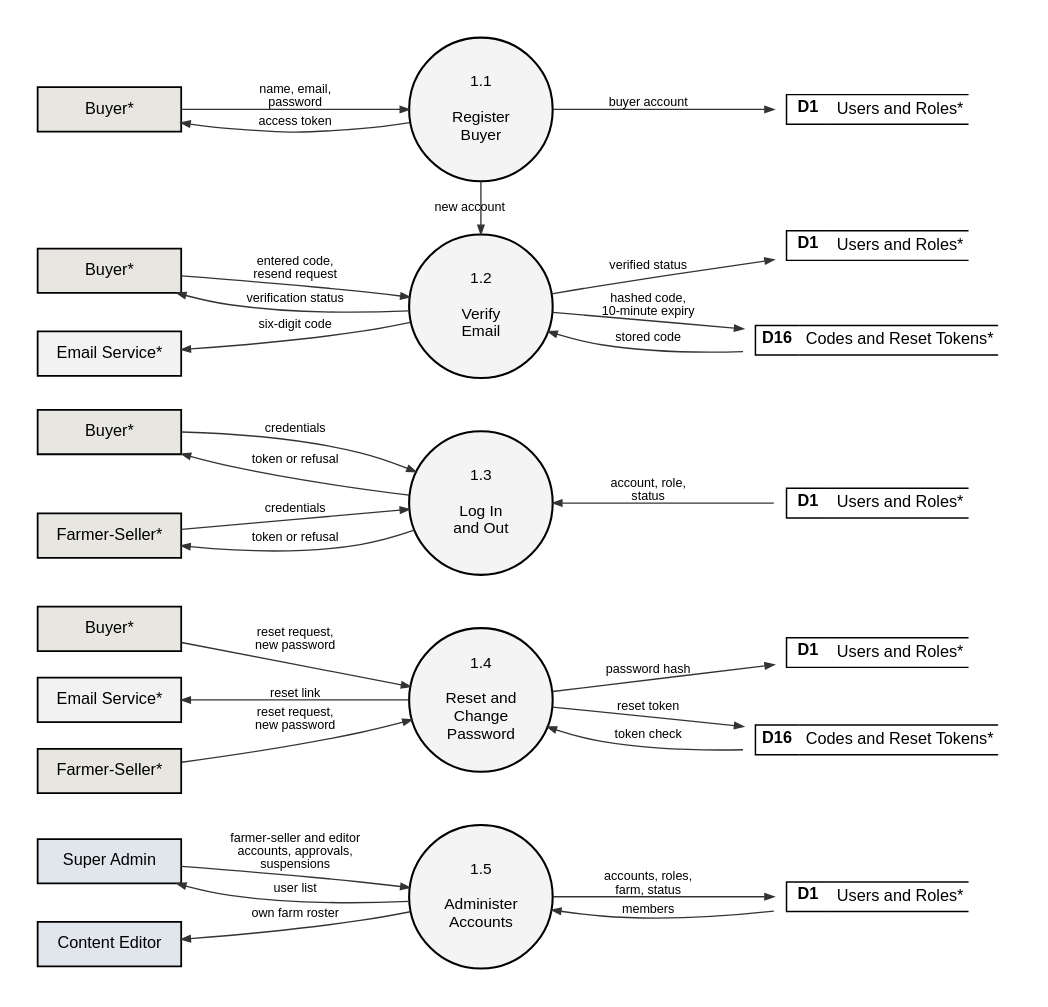
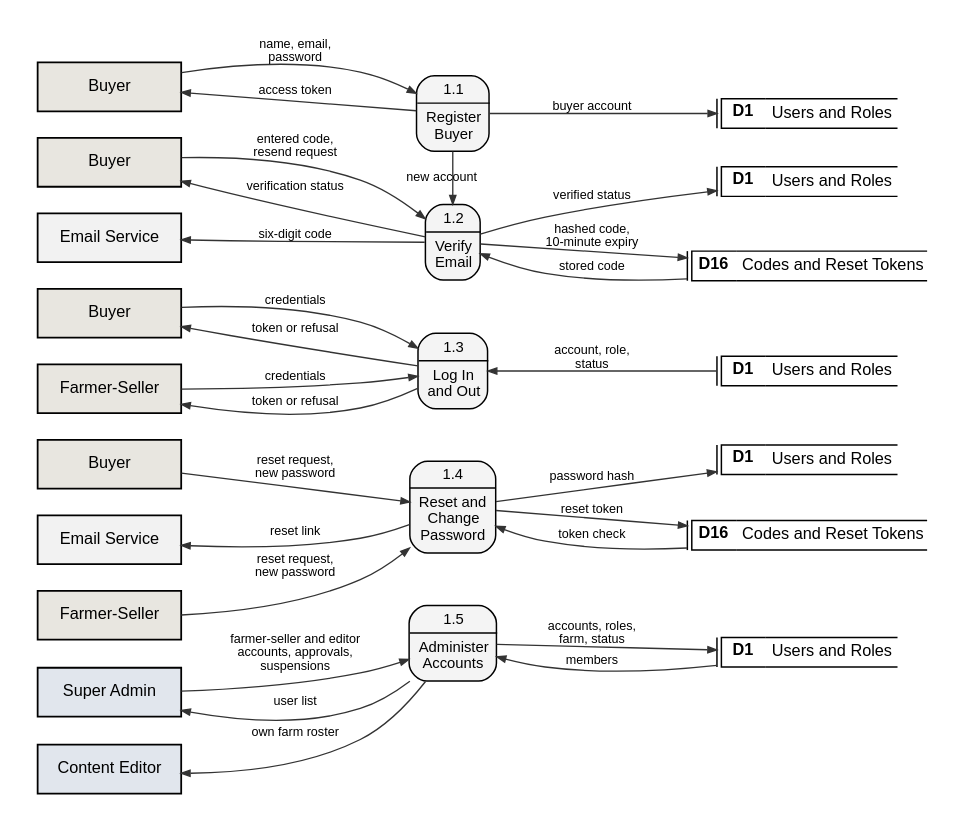
One commit to shawncastaneda11-commits/anihow-backend changed the diagram in docs/manuscript/figures/src/fig6_2_1_dfd_level2.dot. Above: the diagram before and after it, drawn with Graphviz. The commit also changed 39 other files, not shown here.

```diff
--- a/docs/manuscript/figures/src/fig6_2_1_dfd_level2.dot
+++ b/docs/manuscript/figures/src/fig6_2_1_dfd_level2.dot
@@ -1,61 +1,61 @@
 // Data flow diagram, level 2, process 1.0 Manage Accounts and Access.
 digraph G {
   graph [rankdir=LR, nodesep=0.25, ranksep=0.9, pad=0.25, fontname="Liberation Sans", newrank=true];
   node  [fontname="Liberation Sans", fontsize=11];
   edge  [penwidth=0.9, arrowsize=0.6, color="#333333", fontname="Liberation Sans", fontsize=8.5];
-  q1a [shape=circle, style=filled, fillcolor="#F4F4F4", penwidth=1.4, fixedsize=true, width=1.35, fontsize=10.5, label="1.1\n\nRegister\nBuyer"];
-  by_q1a [shape=box, style=filled, fillcolor="#E8E6E0", penwidth=1.2, width=1.35, height=0.42, label="Buyer*"];
-  D1_q1a [shape=plaintext, label=<<TABLE BORDER="0" CELLBORDER="1" CELLSPACING="0" CELLPADDING="3"><TR><TD SIDES="TBL" WIDTH="30"><B>D1</B></TD><TD SIDES="TB" ALIGN="LEFT">Users and Roles*</TD></TR></TABLE>>];
-  q1b [shape=circle, style=filled, fillcolor="#F4F4F4", penwidth=1.4, fixedsize=true, width=1.35, fontsize=10.5, label="1.2\n\nVerify\nEmail"];
-  by_q1b [shape=box, style=filled, fillcolor="#E8E6E0", penwidth=1.2, width=1.35, height=0.42, label="Buyer*"];
-  D1_q1b [shape=plaintext, label=<<TABLE BORDER="0" CELLBORDER="1" CELLSPACING="0" CELLPADDING="3"><TR><TD SIDES="TBL" WIDTH="30"><B>D1</B></TD><TD SIDES="TB" ALIGN="LEFT">Users and Roles*</TD></TR></TABLE>>];
-  D16_q1b [shape=plaintext, label=<<TABLE BORDER="0" CELLBORDER="1" CELLSPACING="0" CELLPADDING="3"><TR><TD SIDES="TBL" WIDTH="30"><B>D16</B></TD><TD SIDES="TB" ALIGN="LEFT">Codes and Reset Tokens*</TD></TR></TABLE>>];
-  em_q1b [shape=box, style=filled, fillcolor="#F2F2F2", penwidth=1.2, width=1.35, height=0.42, label="Email Service*"];
-  q1c [shape=circle, style=filled, fillcolor="#F4F4F4", penwidth=1.4, fixedsize=true, width=1.35, fontsize=10.5, label="1.3\n\nLog In\nand Out"];
-  by_q1c [shape=box, style=filled, fillcolor="#E8E6E0", penwidth=1.2, width=1.35, height=0.42, label="Buyer*"];
-  D1_q1c [shape=plaintext, label=<<TABLE BORDER="0" CELLBORDER="1" CELLSPACING="0" CELLPADDING="3"><TR><TD SIDES="TBL" WIDTH="30"><B>D1</B></TD><TD SIDES="TB" ALIGN="LEFT">Users and Roles*</TD></TR></TABLE>>];
-  fs_q1c [shape=box, style=filled, fillcolor="#E8E6E0", penwidth=1.2, width=1.35, height=0.42, label="Farmer-Seller*"];
-  q1d [shape=circle, style=filled, fillcolor="#F4F4F4", penwidth=1.4, fixedsize=true, width=1.35, fontsize=10.5, label="1.4\n\nReset and\nChange\nPassword"];
-  by_q1d [shape=box, style=filled, fillcolor="#E8E6E0", penwidth=1.2, width=1.35, height=0.42, label="Buyer*"];
-  D1_q1d [shape=plaintext, label=<<TABLE BORDER="0" CELLBORDER="1" CELLSPACING="0" CELLPADDING="3"><TR><TD SIDES="TBL" WIDTH="30"><B>D1</B></TD><TD SIDES="TB" ALIGN="LEFT">Users and Roles*</TD></TR></TABLE>>];
-  D16_q1d [shape=plaintext, label=<<TABLE BORDER="0" CELLBORDER="1" CELLSPACING="0" CELLPADDING="3"><TR><TD SIDES="TBL" WIDTH="30"><B>D16</B></TD><TD SIDES="TB" ALIGN="LEFT">Codes and Reset Tokens*</TD></TR></TABLE>>];
-  em_q1d [shape=box, style=filled, fillcolor="#F2F2F2", penwidth=1.2, width=1.35, height=0.42, label="Email Service*"];
-  fs_q1d [shape=box, style=filled, fillcolor="#E8E6E0", penwidth=1.2, width=1.35, height=0.42, label="Farmer-Seller*"];
-  q1e [shape=circle, style=filled, fillcolor="#F4F4F4", penwidth=1.4, fixedsize=true, width=1.35, fontsize=10.5, label="1.5\n\nAdminister\nAccounts"];
-  D1_q1e [shape=plaintext, label=<<TABLE BORDER="0" CELLBORDER="1" CELLSPACING="0" CELLPADDING="3"><TR><TD SIDES="TBL" WIDTH="30"><B>D1</B></TD><TD SIDES="TB" ALIGN="LEFT">Users and Roles*</TD></TR></TABLE>>];
-  sa_q1e [shape=box, style=filled, fillcolor="#E1E6ED", penwidth=1.2, width=1.35, height=0.42, label="Super Admin"];
-  ce_q1e [shape=box, style=filled, fillcolor="#E1E6ED", penwidth=1.2, width=1.35, height=0.42, label="Content Editor"];
+  q1a [shape=plaintext, margin=0, width=0, height=0, label=<<TABLE STYLE="ROUNDED" BORDER="1" CELLBORDER="0" CELLSPACING="0" CELLPADDING="3" BGCOLOR="#F4F4F4"><TR><TD><FONT POINT-SIZE="10.5">1.1</FONT></TD></TR><HR/><TR><TD CELLPADDING="5"><FONT POINT-SIZE="10.5">Register<BR/>Buyer</FONT></TD></TR></TABLE>>];
+  by_q1a [shape=box, style=filled, fillcolor="#E8E6E0", penwidth=1.2, width=1.35, height=0.46, label="Buyer", comment="gsdup"];
+  D1_q1a [shape=plaintext, margin=0, width=0, height=0, label=<<TABLE BORDER="0" CELLBORDER="1" CELLSPACING="0" CELLPADDING="3"><TR><TD SIDES="L" WIDTH="3" CELLPADDING="0"></TD><TD SIDES="TBL" WIDTH="30"><B>D1</B></TD><TD SIDES="TB" ALIGN="LEFT">Users and Roles</TD></TR></TABLE>>];
+  q1b [shape=plaintext, margin=0, width=0, height=0, label=<<TABLE STYLE="ROUNDED" BORDER="1" CELLBORDER="0" CELLSPACING="0" CELLPADDING="3" BGCOLOR="#F4F4F4"><TR><TD><FONT POINT-SIZE="10.5">1.2</FONT></TD></TR><HR/><TR><TD CELLPADDING="5"><FONT POINT-SIZE="10.5">Verify<BR/>Email</FONT></TD></TR></TABLE>>];
+  by_q1b [shape=box, style=filled, fillcolor="#E8E6E0", penwidth=1.2, width=1.35, height=0.46, label="Buyer", comment="gsdup"];
+  D1_q1b [shape=plaintext, margin=0, width=0, height=0, label=<<TABLE BORDER="0" CELLBORDER="1" CELLSPACING="0" CELLPADDING="3"><TR><TD SIDES="L" WIDTH="3" CELLPADDING="0"></TD><TD SIDES="TBL" WIDTH="30"><B>D1</B></TD><TD SIDES="TB" ALIGN="LEFT">Users and Roles</TD></TR></TABLE>>];
+  D16_q1b [shape=plaintext, margin=0, width=0, height=0, label=<<TABLE BORDER="0" CELLBORDER="1" CELLSPACING="0" CELLPADDING="3"><TR><TD SIDES="L" WIDTH="3" CELLPADDING="0"></TD><TD SIDES="TBL" WIDTH="30"><B>D16</B></TD><TD SIDES="TB" ALIGN="LEFT">Codes and Reset Tokens</TD></TR></TABLE>>];
+  em_q1b [shape=box, style=filled, fillcolor="#F2F2F2", penwidth=1.2, width=1.35, height=0.46, label="Email Service", comment="gsdup"];
+  q1c [shape=plaintext, margin=0, width=0, height=0, label=<<TABLE STYLE="ROUNDED" BORDER="1" CELLBORDER="0" CELLSPACING="0" CELLPADDING="3" BGCOLOR="#F4F4F4"><TR><TD><FONT POINT-SIZE="10.5">1.3</FONT></TD></TR><HR/><TR><TD CELLPADDING="5"><FONT POINT-SIZE="10.5">Log In<BR/>and Out</FONT></TD></TR></TABLE>>];
+  by_q1c [shape=box, style=filled, fillcolor="#E8E6E0", penwidth=1.2, width=1.35, height=0.46, label="Buyer", comment="gsdup"];
+  D1_q1c [shape=plaintext, margin=0, width=0, height=0, label=<<TABLE BORDER="0" CELLBORDER="1" CELLSPACING="0" CELLPADDING="3"><TR><TD SIDES="L" WIDTH="3" CELLPADDING="0"></TD><TD SIDES="TBL" WIDTH="30"><B>D1</B></TD><TD SIDES="TB" ALIGN="LEFT">Users and Roles</TD></TR></TABLE>>];
+  fs_q1c [shape=box, style=filled, fillcolor="#E8E6E0", penwidth=1.2, width=1.35, height=0.46, label="Farmer-Seller", comment="gsdup"];
+  q1d [shape=plaintext, margin=0, width=0, height=0, label=<<TABLE STYLE="ROUNDED" BORDER="1" CELLBORDER="0" CELLSPACING="0" CELLPADDING="3" BGCOLOR="#F4F4F4"><TR><TD><FONT POINT-SIZE="10.5">1.4</FONT></TD></TR><HR/><TR><TD CELLPADDING="5"><FONT POINT-SIZE="10.5">Reset and<BR/>Change<BR/>Password</FONT></TD></TR></TABLE>>];
+  by_q1d [shape=box, style=filled, fillcolor="#E8E6E0", penwidth=1.2, width=1.35, height=0.46, label="Buyer", comment="gsdup"];
+  D1_q1d [shape=plaintext, margin=0, width=0, height=0, label=<<TABLE BORDER="0" CELLBORDER="1" CELLSPACING="0" CELLPADDING="3"><TR><TD SIDES="L" WIDTH="3" CELLPADDING="0"></TD><TD SIDES="TBL" WIDTH="30"><B>D1</B></TD><TD SIDES="TB" ALIGN="LEFT">Users and Roles</TD></TR></TABLE>>];
+  D16_q1d [shape=plaintext, margin=0, width=0, height=0, label=<<TABLE BORDER="0" CELLBORDER="1" CELLSPACING="0" CELLPADDING="3"><TR><TD SIDES="L" WIDTH="3" CELLPADDING="0"></TD><TD SIDES="TBL" WIDTH="30"><B>D16</B></TD><TD SIDES="TB" ALIGN="LEFT">Codes and Reset Tokens</TD></TR></TABLE>>];
+  em_q1d [shape=box, style=filled, fillcolor="#F2F2F2", penwidth=1.2, width=1.35, height=0.46, label="Email Service", comment="gsdup"];
+  fs_q1d [shape=box, style=filled, fillcolor="#E8E6E0", penwidth=1.2, width=1.35, height=0.46, label="Farmer-Seller", comment="gsdup"];
+  q1e [shape=plaintext, margin=0, width=0, height=0, label=<<TABLE STYLE="ROUNDED" BORDER="1" CELLBORDER="0" CELLSPACING="0" CELLPADDING="3" BGCOLOR="#F4F4F4"><TR><TD><FONT POINT-SIZE="10.5">1.5</FONT></TD></TR><HR/><TR><TD CELLPADDING="5"><FONT POINT-SIZE="10.5">Administer<BR/>Accounts</FONT></TD></TR></TABLE>>];
+  D1_q1e [shape=plaintext, margin=0, width=0, height=0, label=<<TABLE BORDER="0" CELLBORDER="1" CELLSPACING="0" CELLPADDING="3"><TR><TD SIDES="L" WIDTH="3" CELLPADDING="0"></TD><TD SIDES="TBL" WIDTH="30"><B>D1</B></TD><TD SIDES="TB" ALIGN="LEFT">Users and Roles</TD></TR></TABLE>>];
+  sa_q1e [shape=box, style=filled, fillcolor="#E1E6ED", penwidth=1.2, width=1.35, height=0.46, label="Super Admin"];
+  ce_q1e [shape=box, style=filled, fillcolor="#E1E6ED", penwidth=1.2, width=1.35, height=0.46, label="Content Editor"];
   by_q1a -> q1a [label="name, email,\npassword"];
   q1a -> D1_q1a [label="buyer account"];
   by_q1a -> q1a [label="access token", dir=back];
   q1a -> q1b [label="new account", constraint=false];
   by_q1b -> q1b [label="entered code,\nresend request"];
   q1b -> D16_q1b [label="hashed code,\n10-minute expiry"];
   q1b -> D16_q1b [label="stored code", dir=back];
   em_q1b -> q1b [label="six-digit code", dir=back];
   q1b -> D1_q1b [label="verified status"];
   by_q1b -> q1b [label="verification status", dir=back];
   by_q1c -> q1c [label="credentials"];
   fs_q1c -> q1c [label="credentials"];
   q1c -> D1_q1c [label="account, role,\nstatus", dir=back];
   by_q1c -> q1c [label="token or refusal", dir=back];
   fs_q1c -> q1c [label="token or refusal", dir=back];
   by_q1d -> q1d [label="reset request,\nnew password"];
   fs_q1d -> q1d [label="reset request,\nnew password"];
   q1d -> D16_q1d [label="reset token"];
   q1d -> D16_q1d [label="token check", dir=back];
   em_q1d -> q1d [label="reset link", dir=back];
   q1d -> D1_q1d [label="password hash"];
   sa_q1e -> q1e [label="farmer-seller and editor\naccounts, approvals,\nsuspensions"];
   q1e -> D1_q1e [label="accounts, roles,\nfarm, status"];
   q1e -> D1_q1e [label="members", dir=back];
   ce_q1e -> q1e [label="own farm roster", dir=back];
   sa_q1e -> q1e [label="user list", dir=back];
   {rank=same; by_q1a; by_q1b; em_q1b; by_q1c; fs_q1c; by_q1d; fs_q1d; em_q1d; sa_q1e; ce_q1e}
   {rank=same; D1_q1a; D16_q1b; D1_q1b; D1_q1c; D16_q1d; D1_q1d; D1_q1e}
   {rank=same; q1a; q1b; q1c; q1d; q1e}
   q1a -> q1b [style=invis, weight=10];
   q1b -> q1c [style=invis, weight=10];
   q1c -> q1d [style=invis, weight=10];
   q1d -> q1e [style=invis, weight=10];
 }
```
